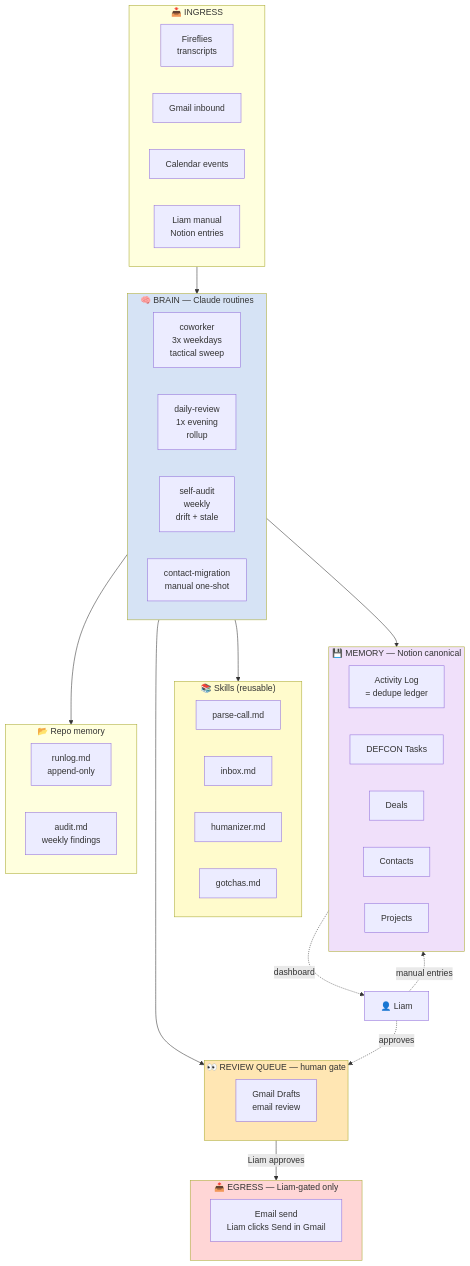
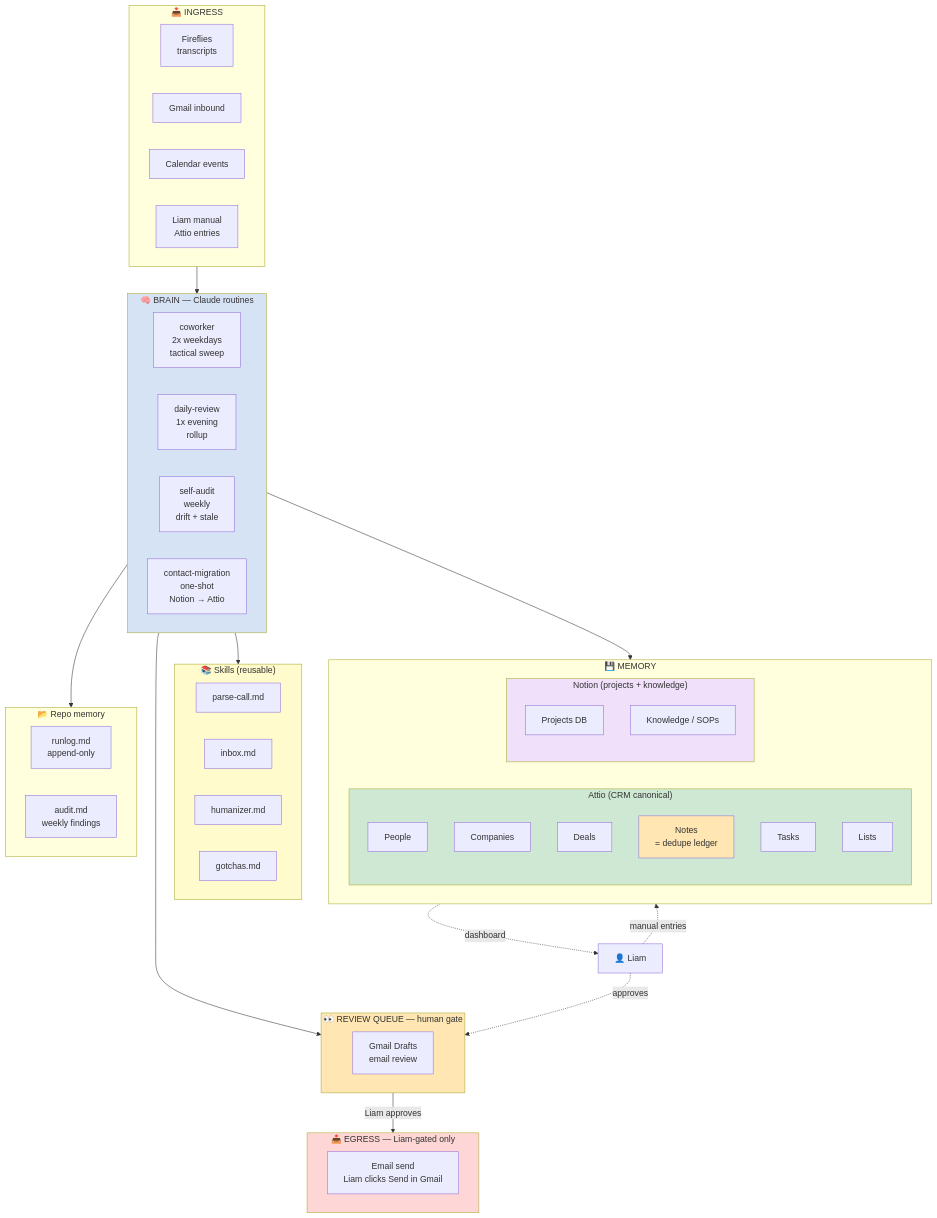
The diagram in architecture.md (lg2k2000/Sales-Automation), drawn with Mermaid before and after one commit. The commit also changed other lines of this file and 14 other files, not shown here.

````diff
--- a/architecture.md
+++ b/architecture.md
@@ -38,60 +38,69 @@
 ```mermaid
 flowchart TB
     subgraph Ingress["📥 INGRESS"]
         FF[Fireflies<br/>transcripts]
         GMI[Gmail inbound]
         CAL[Calendar events]
-        MAN[Liam manual<br/>Notion entries]
+        MAN[Liam manual<br/>Attio entries]
     end
 
     subgraph Brain["🧠 BRAIN — Claude routines"]
-        CW[coworker<br/>3x weekdays<br/>tactical sweep]
+        CW[coworker<br/>2x weekdays<br/>tactical sweep]
         DR[daily-review<br/>1x evening<br/>rollup]
         SA[self-audit<br/>weekly<br/>drift + stale]
-        CM[contact-migration<br/>manual one-shot]
+        CM[contact-migration<br/>one-shot<br/>Notion → Attio]
     end
 
     subgraph Skills["📚 Skills (reusable)"]
         PC[parse-call.md]
         IN[inbox.md]
         HM[humanizer.md]
         GO[gotchas.md]
     end
 
-    subgraph Memory["💾 MEMORY — Notion canonical"]
-        AL[Activity Log<br/>= dedupe ledger]
-        DT[DEFCON Tasks]
-        DD[Deals]
-        CC[Contacts]
-        PJ[Projects]
+    subgraph Memory["💾 MEMORY"]
+        subgraph Attio_canonical["Attio (CRM canonical)"]
+            AP[People]
+            AC[Companies]
+            AD[Deals]
+            AN[Notes<br/>= dedupe ledger]
+            AT[Tasks]
+            AL[Lists]
+        end
+        subgraph Notion_proj["Notion (projects + knowledge)"]
+            PJ[Projects DB]
+            KB[Knowledge / SOPs]
+        end
     end
 
     subgraph Repo["📂 Repo memory"]
         RL[runlog.md<br/>append-only]
         AU[audit.md<br/>weekly findings]
     end
 
     subgraph Review["👀 REVIEW QUEUE — human gate"]
         GD[Gmail Drafts<br/>email review]
     end
 
     subgraph Egress["📤 EGRESS — Liam-gated only"]
         EM[Email send<br/>Liam clicks Send in Gmail]
     end
 
     Ingress --> Brain
     Brain --> Skills
     Brain --> Memory
     Brain --> Repo
     Brain --> Review
     Review -->|Liam approves| Egress
     Memory -.->|dashboard| Liam[👤 Liam]
     Liam -.->|manual entries| Memory
     Liam -.->|approves| Review
 
     style Brain fill:#d6e3f5
     style Skills fill:#fffbcc
-    style Memory fill:#f0e0fa
+    style Attio_canonical fill:#cfe8d4
+    style Notion_proj fill:#f0e0fa
     style Review fill:#ffe6b3
     style Egress fill:#ffd6d6
+    style AN fill:#ffe6b3
 ```
````
